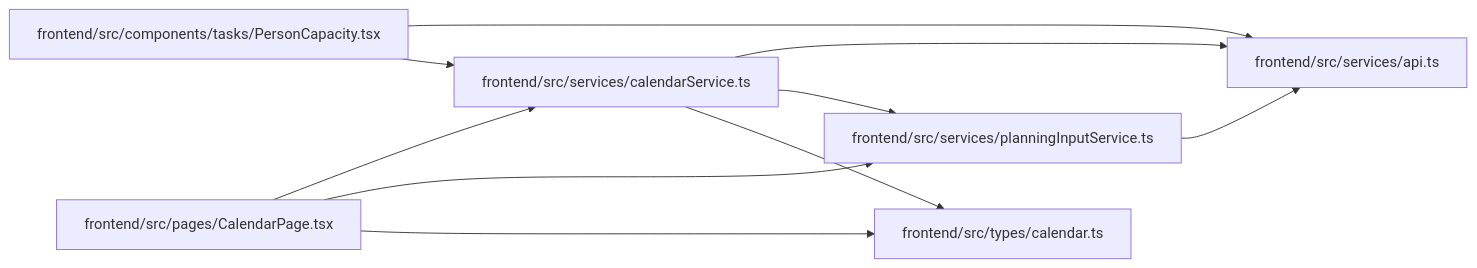
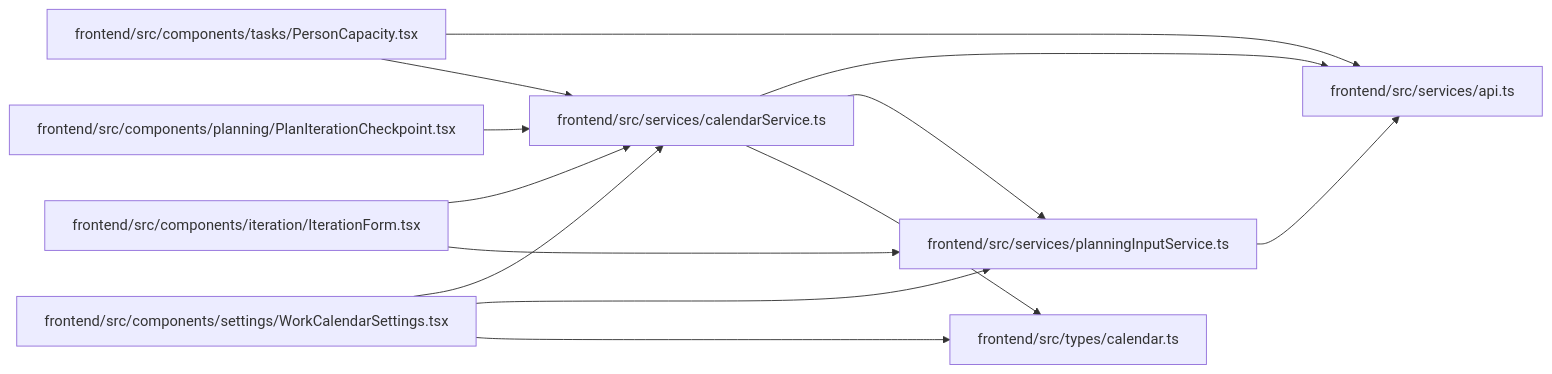
Before and after one commit to Denissvgn/WorkChord: the diagram in docs/llm_wiki/modules/calendarService.md, drawn with Mermaid. The commit also changed other lines of this file and 2373 other files, not shown here.

````diff
--- a/docs/llm_wiki/modules/calendarService.md
+++ b/docs/llm_wiki/modules/calendarService.md
@@ -30,24 +30,31 @@
 ```mermaid
 flowchart LR
-    n0["frontend/src/components/tasks/PersonCapacity.tsx"]
-    n1["frontend/src/pages/CalendarPage.tsx"]
-    n2["frontend/src/services/api.ts"]
-    n3["frontend/src/services/calendarService.ts"]
-    n4["frontend/src/services/planningInputService.ts"]
-    n5["frontend/src/types/calendar.ts"]
-    n0 --> n2
-    n0 --> n3
-    n1 --> n3
-    n1 --> n4
+    n0["frontend/src/components/iteration/IterationForm.tsx"]
+    n1["frontend/src/components/planning/PlanIterationCheckpoint.tsx"]
+    n2["frontend/src/components/settings/WorkCalendarSettings.tsx"]
+    n3["frontend/src/components/tasks/PersonCapacity.tsx"]
+    n4["frontend/src/services/api.ts"]
+    n5["frontend/src/services/calendarService.ts"]
+    n6["frontend/src/services/planningInputService.ts"]
+    n7["frontend/src/types/calendar.ts"]
+    n0 --> n5
+    n0 --> n6
     n1 --> n5
-    n3 --> n2
+    n2 --> n5
+    n2 --> n6
+    n2 --> n7
     n3 --> n4
     n3 --> n5
-    n4 --> n2
-    click n0 "../modules/PersonCapacity.md"
-    click n1 "../modules/CalendarPage.md"
-    click n2 "../modules/api.md"
-    click n3 "../modules/calendarService.md"
-    click n4 "../modules/planningInputService.md"
-    click n5 "../modules/types_calendar.md"
+    n5 --> n4
+    n5 --> n6
+    n5 --> n7
+    n6 --> n4
+    click n0 "../modules/IterationForm.md"
+    click n1 "../modules/PlanIterationCheckpoint.md"
+    click n2 "../modules/WorkCalendarSettings.md"
+    click n3 "../modules/PersonCapacity.md"
+    click n4 "../modules/api.md"
+    click n5 "../modules/calendarService.md"
+    click n6 "../modules/planningInputService.md"
+    click n7 "../modules/types_calendar.md"
 ```
````
